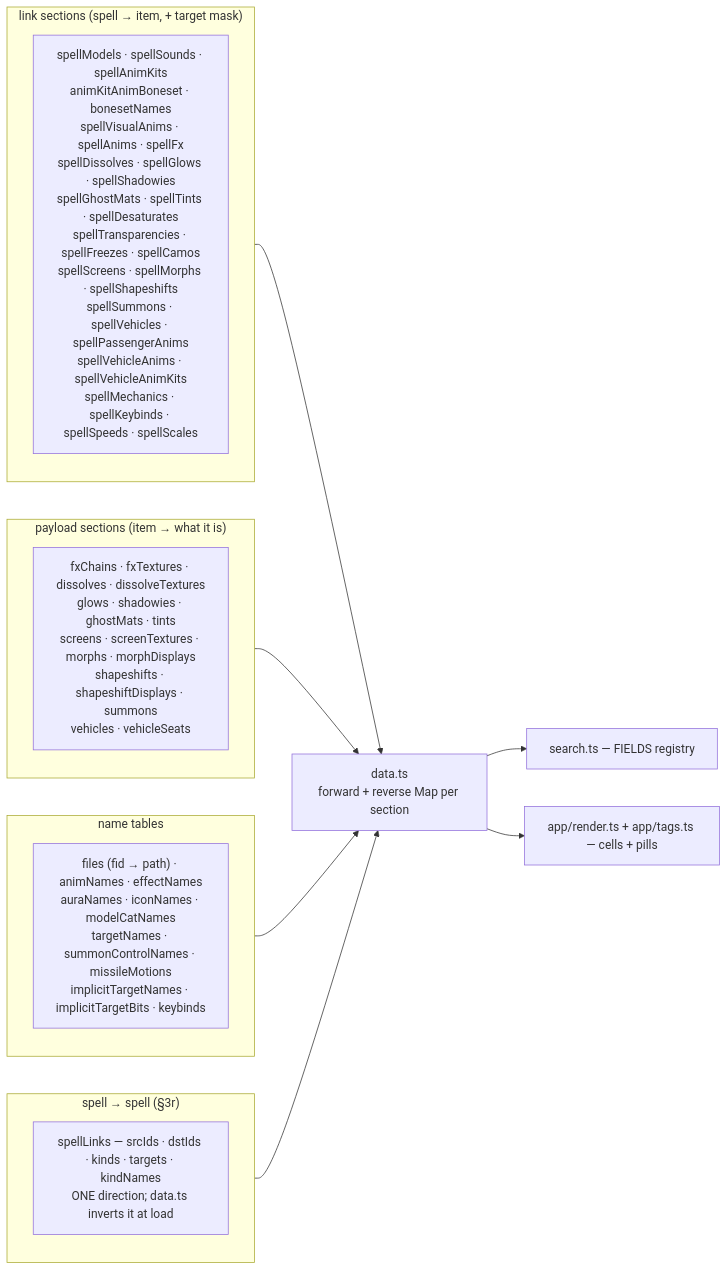
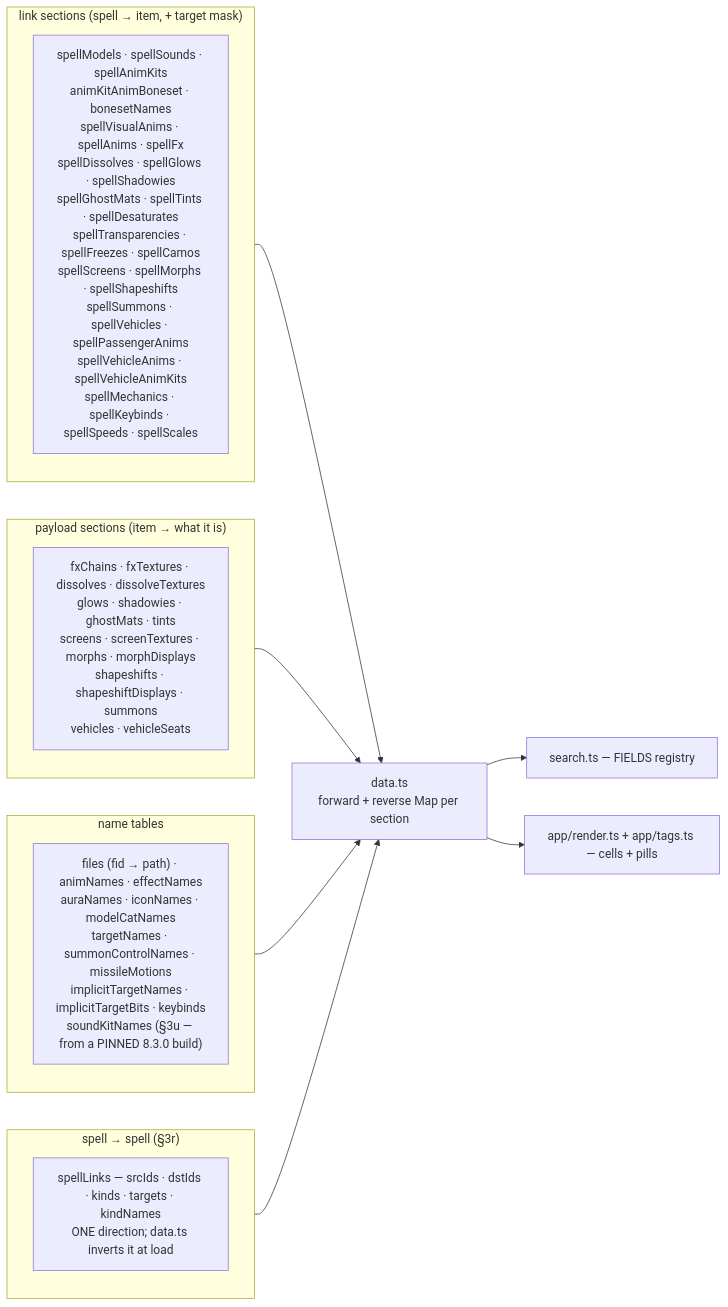
Before and after one commit to Natans8/Epsilook: diagram 20 of 21 in docs/DATA_ROUTES.md, drawn with Mermaid. The commit also changed other lines of this file and 25 other files, not shown here.

````diff
--- a/docs/DATA_ROUTES.md
+++ b/docs/DATA_ROUTES.md
@@ -1331,21 +1331,21 @@
 ```mermaid
 flowchart LR
     subgraph LINK["link sections (spell → item, + target mask)"]
         L1["spellModels · spellSounds · spellAnimKits<br/>animKitAnimBoneset · bonesetNames<br/>spellVisualAnims · spellAnims · spellFx<br/>spellDissolves · spellGlows · spellShadowies<br/>spellGhostMats · spellTints · spellDesaturates<br/>spellTransparencies · spellFreezes · spellCamos<br/>spellScreens · spellMorphs · spellShapeshifts<br/>spellSummons · spellVehicles · spellPassengerAnims<br/>spellVehicleAnims · spellVehicleAnimKits<br/>spellMechanics · spellKeybinds · spellSpeeds · spellScales"]
     end
     subgraph SPELL["spell → spell (§3r)"]
         S1["spellLinks — srcIds · dstIds · kinds · targets · kindNames<br/>ONE direction; data.ts inverts it at load"]
     end
     subgraph PAY["payload sections (item → what it is)"]
         P1["fxChains · fxTextures · dissolves · dissolveTextures<br/>glows · shadowies · ghostMats · tints<br/>screens · screenTextures · morphs · morphDisplays<br/>shapeshifts · shapeshiftDisplays · summons<br/>vehicles · vehicleSeats"]
     end
     subgraph NAME["name tables"]
-        N1["files (fid → path) · animNames · effectNames<br/>auraNames · iconNames · modelCatNames<br/>targetNames · summonControlNames · missileMotions<br/>implicitTargetNames · implicitTargetBits · keybinds"]
+        N1["files (fid → path) · animNames · effectNames<br/>auraNames · iconNames · modelCatNames<br/>targetNames · summonControlNames · missileMotions<br/>implicitTargetNames · implicitTargetBits · keybinds<br/>soundKitNames (§3u — from a PINNED 8.3.0 build)"]
     end
     LINK --> IDX["data.ts<br/>forward + reverse Map per section"]
     PAY --> IDX
     NAME --> IDX
     SPELL --> IDX
     IDX --> Q["search.ts — FIELDS registry"]
     IDX --> R["app/render.ts + app/tags.ts — cells + pills"]
 ```
````
